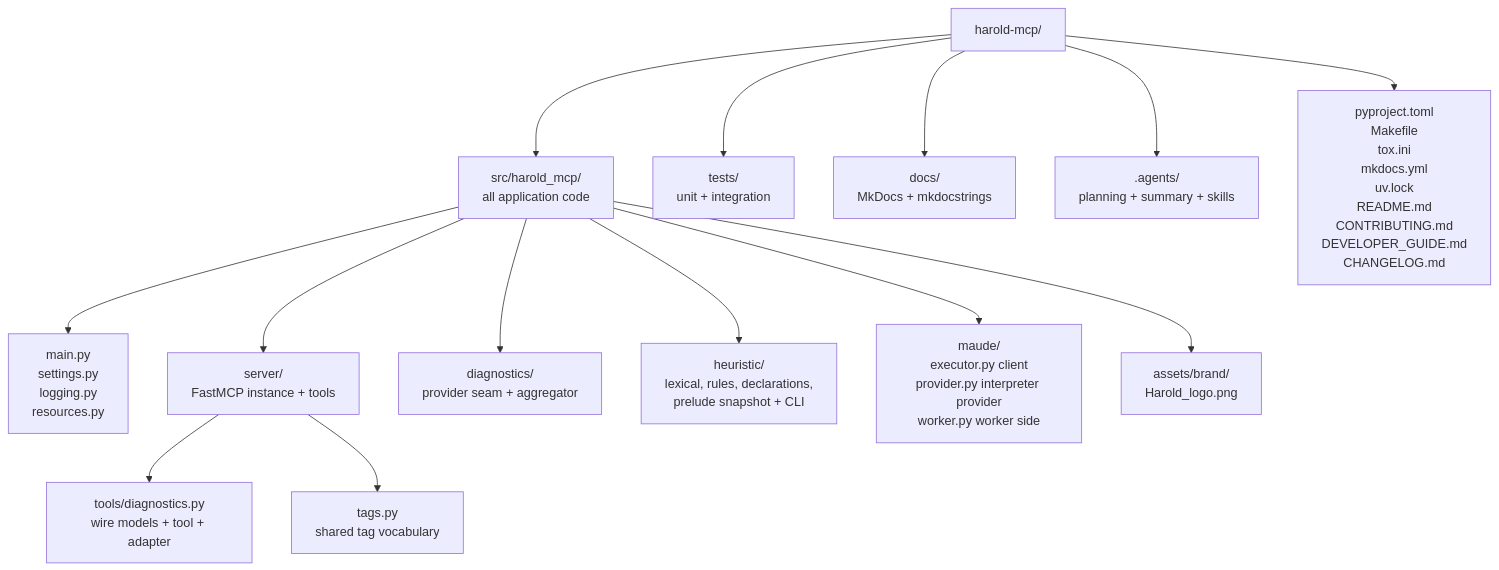
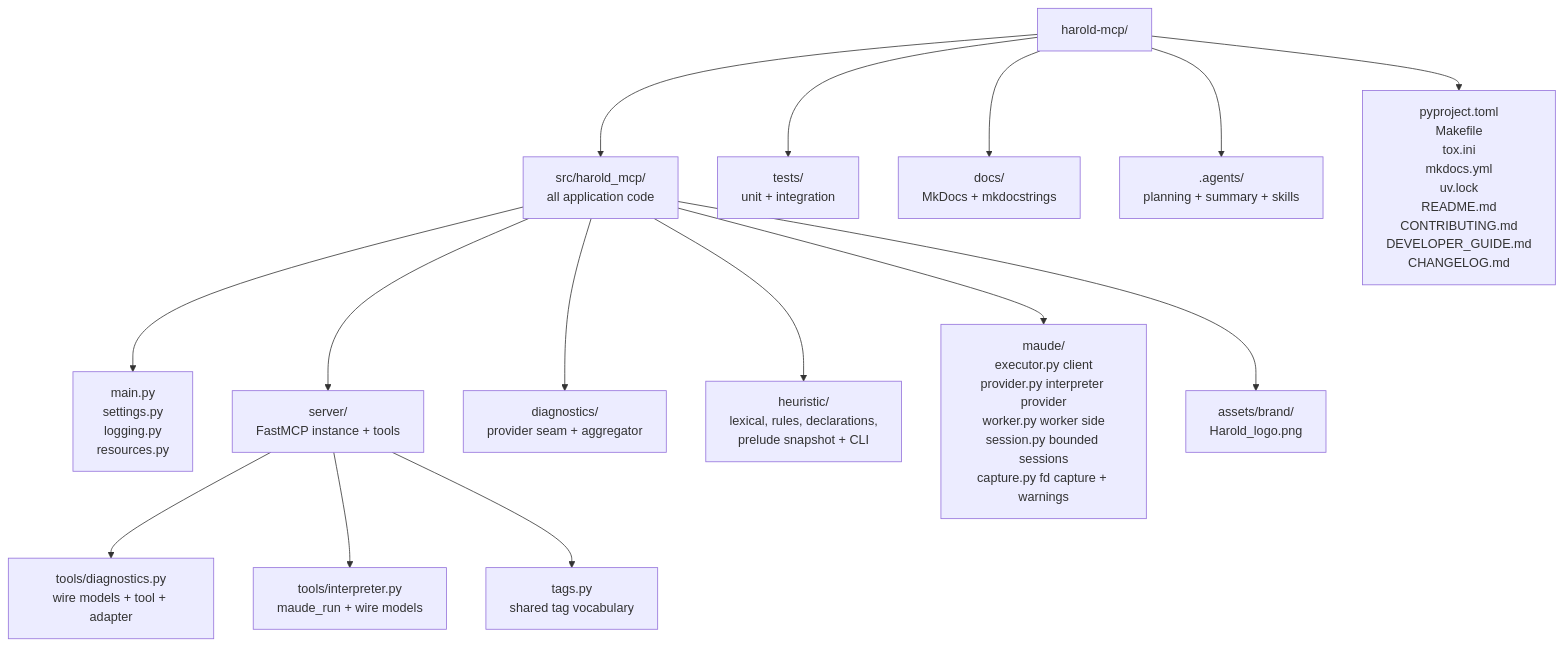
Before and after one commit to demiourgoi/Harold: the diagram in harold-mcp/AGENTS.md, drawn with Mermaid. The commit also changed other lines of this file and 4 other files, not shown here.

````diff
--- a/harold-mcp/AGENTS.md
+++ b/harold-mcp/AGENTS.md
@@ -39,16 +41,17 @@
 ```mermaid
 graph TB
     R[harold-mcp/] --> S[src/harold_mcp/<br>all application code]
     R --> T[tests/<br>unit + integration]
     R --> D[docs/<br>MkDocs + mkdocstrings]
     R --> A2[.agents/<br>planning + summary + skills]
     S --> F[main.py<br>settings.py<br>logging.py<br>resources.py]
     S --> SRV[server/<br>FastMCP instance + tools]
     SRV --> TO[tools/diagnostics.py<br>wire models + tool + adapter]
+    SRV --> TI[tools/interpreter.py<br>maude_run + wire models]
     SRV --> TG[tags.py<br>shared tag vocabulary]
     S --> DG[diagnostics/<br>provider seam + aggregator]
     S --> HL[heuristic/<br>lexical, rules, declarations,<br>prelude snapshot + CLI]
-    S --> MD[maude/<br>executor.py client<br>provider.py interpreter provider<br>worker.py worker side]
+    S --> MD[maude/<br>executor.py client<br>provider.py interpreter provider<br>worker.py worker side<br>session.py bounded sessions<br>capture.py fd capture + warnings]
     S --> A[assets/brand/<br>Harold_logo.png]
     R --> C[pyproject.toml<br>Makefile<br>tox.ini<br>mkdocs.yml<br>uv.lock<br>README.md<br>CONTRIBUTING.md<br>DEVELOPER_GUIDE.md<br>CHANGELOG.md]
 ```
````
